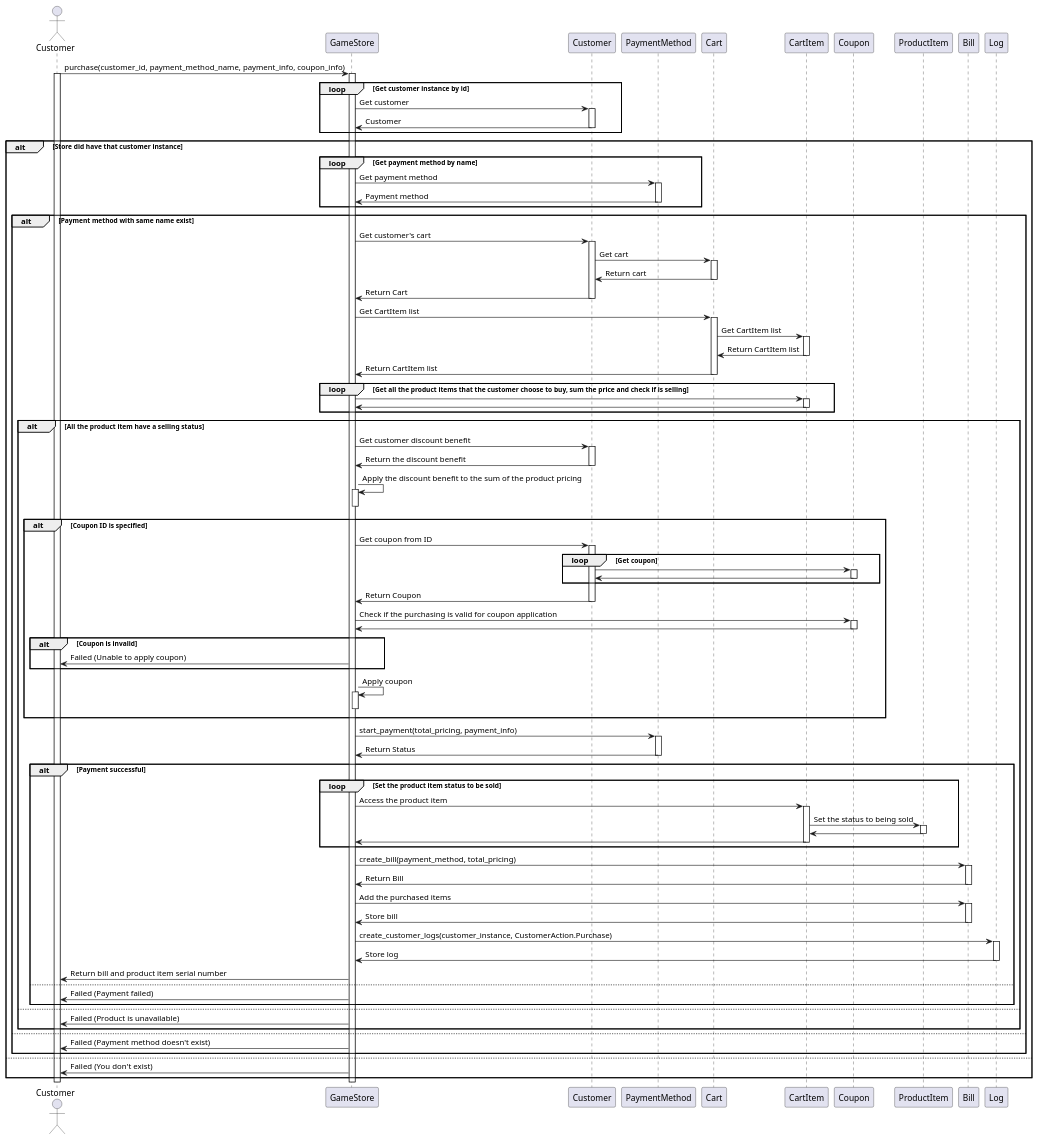
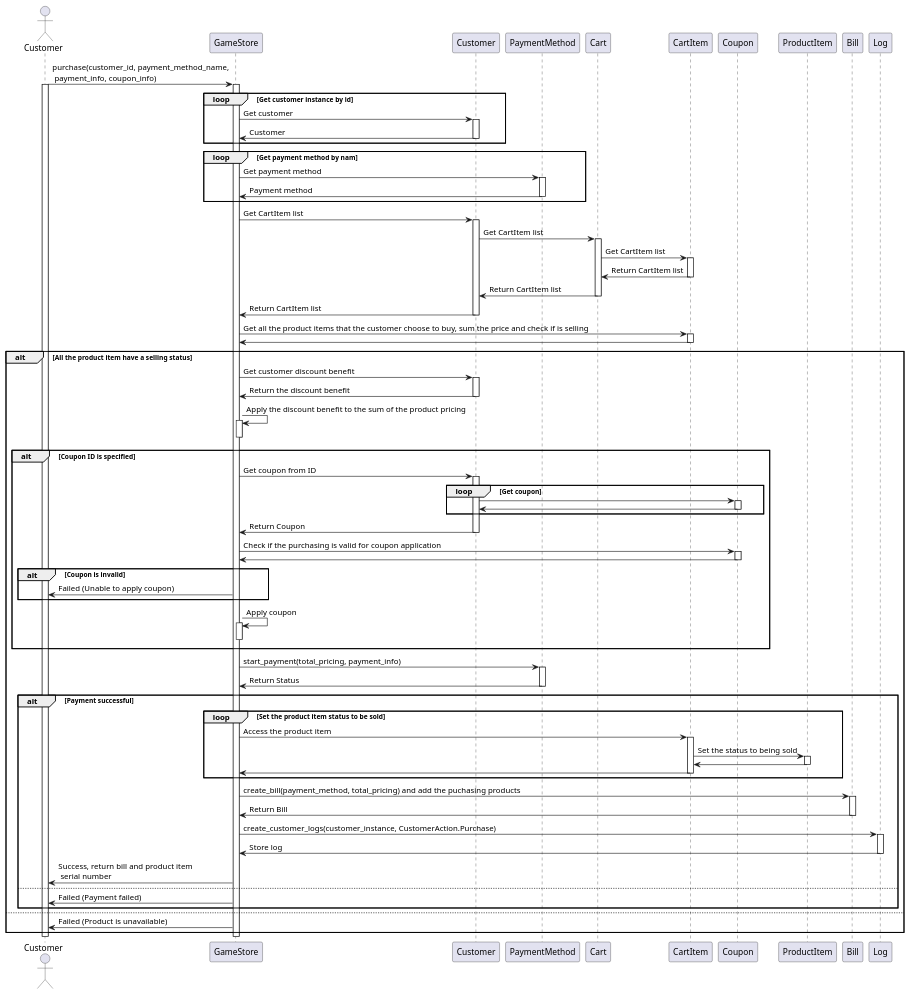
Before and after one commit to WaroonRagwongsiri/OOP_Project: the diagram in SequenceDiagram/sequence_diagram_purchase.puml, drawn with PlantUML. The commit also changed 1 other file, not shown here.

Commit message:
add non satan sequence diagram and fix pruchase a bit

```diff
--- a/SequenceDiagram/sequence_diagram_purchase.puml
+++ b/SequenceDiagram/sequence_diagram_purchase.puml
@@ -1,136 +1,116 @@
 @startuml E
 
 actor Customer as CustomerA
 
-CustomerA -> GameStore : purchase(customer_id, payment_method_name, payment_info, coupon_info)
+CustomerA -> GameStore : purchase(customer_id, payment_method_name,\n payment_info, coupon_info)
 activate CustomerA
 activate GameStore
 
 loop Get customer instance by id
     GameStore -> Customer : Get customer
     activate Customer
     Customer -> GameStore : Customer
     deactivate Customer
 end
 
-alt Store did have that customer instance
-    loop Get payment method by name
-        GameStore -> PaymentMethod : Get payment method
-        activate PaymentMethod
-        PaymentMethod -> GameStore : Payment method
-        deactivate PaymentMethod
+loop Get payment method by nam
+    GameStore -> PaymentMethod : Get payment method
+    activate PaymentMethod
+    PaymentMethod -> GameStore : Payment method
+    deactivate PaymentMethod
+end
+
+GameStore -> Customer : Get CartItem list
+activate Customer
+Customer -> Cart : Get CartItem list
+activate Cart
+Cart -> CartItem : Get CartItem list
+activate CartItem
+CartItem -> Cart : Return CartItem list
+deactivate CartItem
+Cart -> Customer : Return CartItem list
+deactivate Cart
+Customer -> GameStore : Return CartItem list
+deactivate Customer
+
+GameStore -> CartItem : Get all the product items that the customer choose to buy, sum the price and check if is selling
+activate CartItem
+CartItem -> GameStore
+deactivate CartItem
+
+alt All the product item have a selling status
+    GameStore -> Customer : Get customer discount benefit
+    activate Customer
+    Customer -> GameStore : Return the discount benefit
+    deactivate Customer
+    GameStore -> GameStore : Apply the discount benefit to the sum of the product pricing
+    activate GameStore
+    deactivate GameStore
+
+    alt Coupon ID is specified
+        GameStore -> Customer : Get coupon from ID
+        activate Customer
+        loop Get coupon
+            Customer -> Coupon
+            activate Coupon
+            Coupon -> Customer
+            deactivate Coupon
+        end
+        Customer -> GameStore : Return Coupon
+        deactivate Customer
+
+        GameStore -> Coupon : Check if the purchasing is valid for coupon application
+        activate Coupon
+        Coupon -> GameStore
+        deactivate Coupon
+
+        alt Coupon is invalid
+            GameStore -> CustomerA : Failed (Unable to apply coupon)
+        end
+
+        GameStore -> GameStore : Apply coupon
+        activate GameStore
+        deactivate GameStore
     end
 
-    alt Payment method with same name exist
-        GameStore -> Customer : Get customer's cart
-        activate Customer
-        Customer -> Cart : Get cart
-        activate Cart
-        Cart -> Customer : Return cart
-        deactivate Cart
-        Customer -> GameStore : Return Cart
-        deactivate Customer
+    GameStore -> PaymentMethod : start_payment(total_pricing, payment_info)
+    activate PaymentMethod
+    PaymentMethod -> GameStore : Return Status
+    deactivate PaymentMethod
 
-        GameStore -> Cart : Get CartItem list
-        activate Cart
-        Cart -> CartItem : Get CartItem list
-        activate CartItem
-        CartItem -> Cart : Return CartItem list
-        deactivate CartItem
-        Cart -> GameStore : Return CartItem list
-        deactivate Cart
-
-        loop Get all the product items that the customer choose to buy, sum the price and check if is selling
-            GameStore -> CartItem
+    alt Payment successful
+        loop Set the product item status to be sold
+            GameStore -> CartItem : Access the product item
             activate CartItem
+            CartItem -> ProductItem : Set the status to being sold
+            activate ProductItem
+            ProductItem -> CartItem
+            deactivate ProductItem
             CartItem -> GameStore
             deactivate CartItem
         end
-        
-        alt All the product item have a selling status
-            GameStore -> Customer : Get customer discount benefit
-            activate Customer
-            Customer -> GameStore : Return the discount benefit
-            deactivate Customer
-            GameStore -> GameStore : Apply the discount benefit to the sum of the product pricing
-            activate GameStore
-            deactivate GameStore
 
-            alt Coupon ID is specified
-                GameStore -> Customer : Get coupon from ID
-                activate Customer
-                loop Get coupon
-                    Customer -> Coupon
-                    activate Coupon
-                    Coupon -> Customer
-                    deactivate Coupon
-                end
-                Customer -> GameStore : Return Coupon
-                deactivate Customer
+        GameStore -> Bill : create_bill(payment_method, total_pricing) and add the puchasing products
+        activate Bill
+        Bill -> GameStore : Return Bill
+        deactivate Bill
 
-                GameStore -> Coupon : Check if the purchasing is valid for coupon application
-                activate Coupon
-                Coupon -> GameStore
-                deactivate Coupon
+        GameStore -> Log : create_customer_logs(customer_instance, CustomerAction.Purchase)
+        activate Log
+        Log -> GameStore : Store log
+        deactivate Log
 
-                alt Coupon is invalid
-                    GameStore -> CustomerA : Failed (Unable to apply coupon)
-                end
-
-                GameStore -> GameStore : Apply coupon
-                activate GameStore
-                deactivate GameStore
-            end
-
-            GameStore -> PaymentMethod : start_payment(total_pricing, payment_info)
-            activate PaymentMethod
-            PaymentMethod -> GameStore : Return Status
-            deactivate PaymentMethod
-
-            alt Payment successful
-                loop Set the product item status to be sold
-                    GameStore -> CartItem : Access the product item
-                    activate CartItem
-                    CartItem -> ProductItem : Set the status to being sold
-                    activate ProductItem
-                    ProductItem -> CartItem
-                    deactivate ProductItem
-                    CartItem -> GameStore
-                    deactivate CartItem
-                end
-
-                GameStore -> Bill : create_bill(payment_method, total_pricing)
-                activate Bill
-                Bill -> GameStore : Return Bill
-                deactivate Bill
-
-                GameStore -> Bill : Add the purchased items
-                activate Bill
-                Bill -> GameStore : Store bill
-                deactivate Bill
-
-                GameStore -> Log : create_customer_logs(customer_instance, CustomerAction.Purchase)
-                activate Log
-                Log -> GameStore : Store log
-                deactivate Log
-
-                GameStore -> CustomerA : Return bill and product item serial number
-            else
-                GameStore -> CustomerA : Failed (Payment failed)
-            end
-        else
-            GameStore -> CustomerA : Failed (Product is unavailable)
-        end
+        GameStore -> CustomerA : Success, return bill and product item\n serial number
     else
-        GameStore -> CustomerA : Failed (Payment method doesn't exist)
+        GameStore -> CustomerA : Failed (Payment failed)
     end
 else
-    GameStore -> CustomerA : Failed (You don't exist)
+    GameStore -> CustomerA : Failed (Product is unavailable)
 end
 
 
 
 deactivate GameStore
 deactivate CustomerA
 
 @enduml
```
